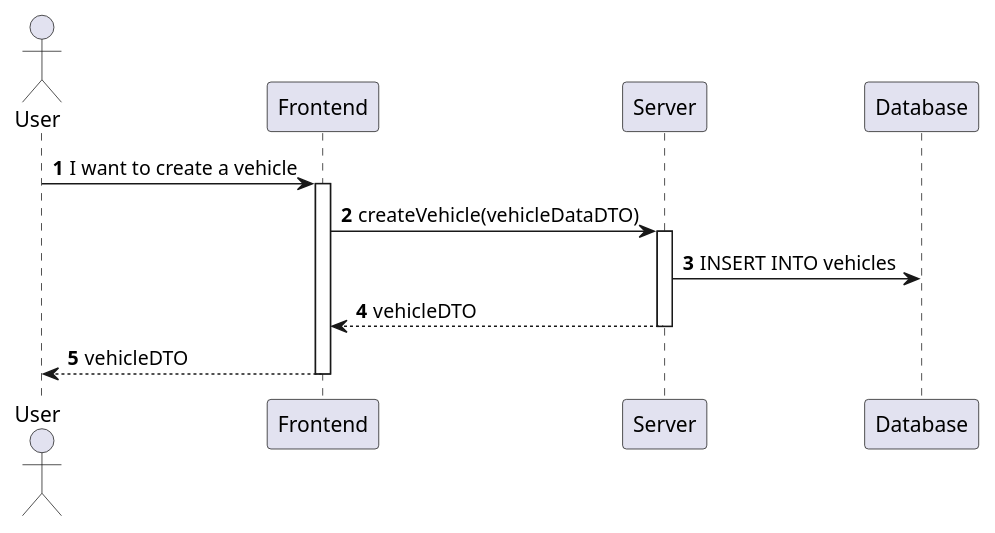
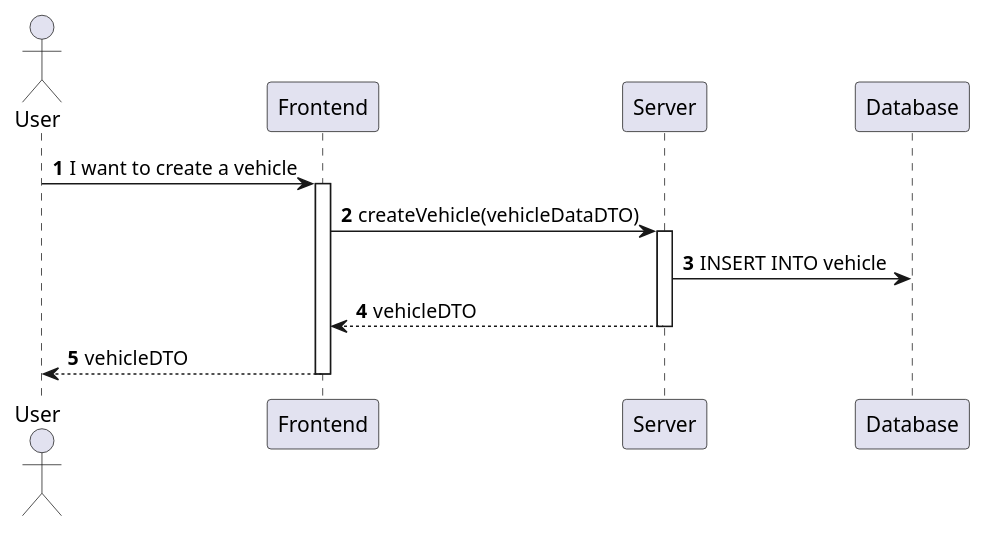
Before and after one commit to olivDiogo/lap-time-simulator: the diagram in docs/useCases/uc02_createVehicle/ssd_uc02.puml, drawn with PlantUML. The commit also changed 43 other files, not shown here.

```diff
--- a/docs/useCases/uc02_createVehicle/ssd_uc02.puml
+++ b/docs/useCases/uc02_createVehicle/ssd_uc02.puml
@@ -1,25 +1,25 @@
 @startuml
 'https://plantuml.com/sequence-diagram
 
 autonumber
 
 actor User
 participant Frontend
 participant Server
 participant Database
 
 User -> Frontend: I want to create a vehicle
 activate Frontend
 
 Frontend -> Server: createVehicle(vehicleDataDTO)
 activate Server
 
-Server -> Database: INSERT INTO vehicles
+Server -> Database: INSERT INTO vehicle
 
 Server --> Frontend: vehicleDTO
 deactivate Server
 
 Frontend --> User: vehicleDTO
 deactivate Frontend
 
 @enduml
```
